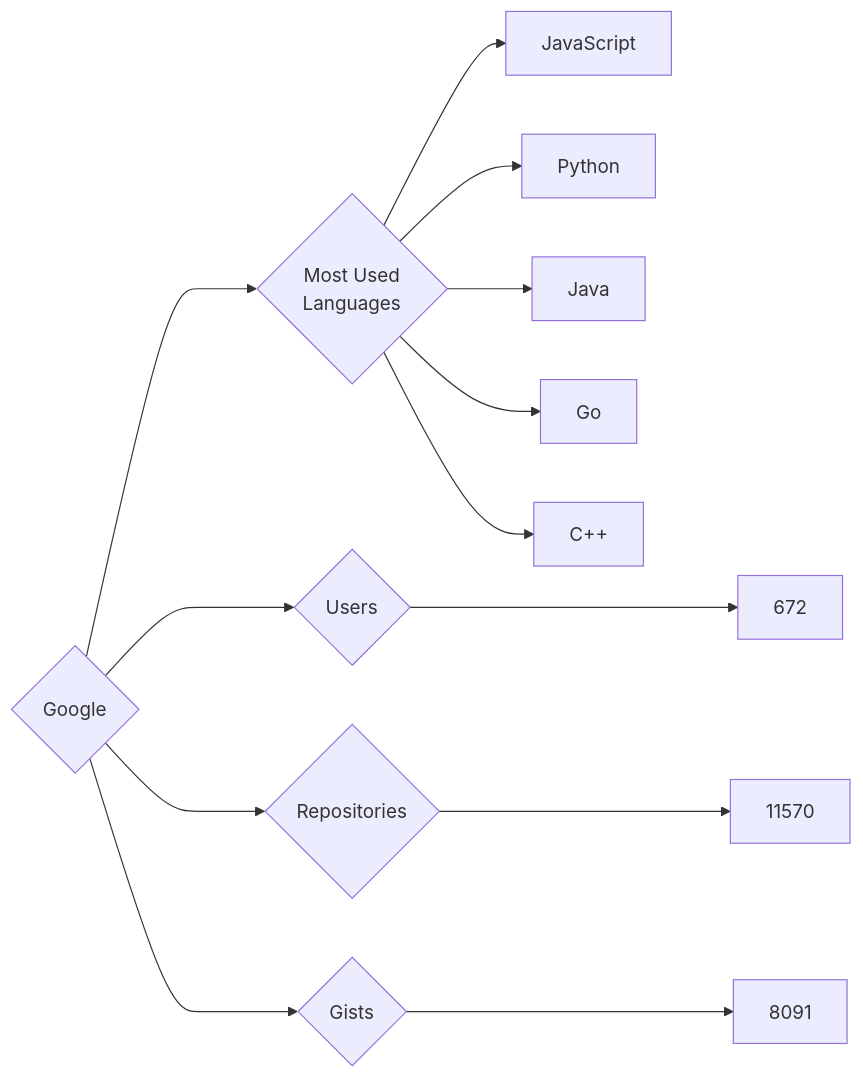
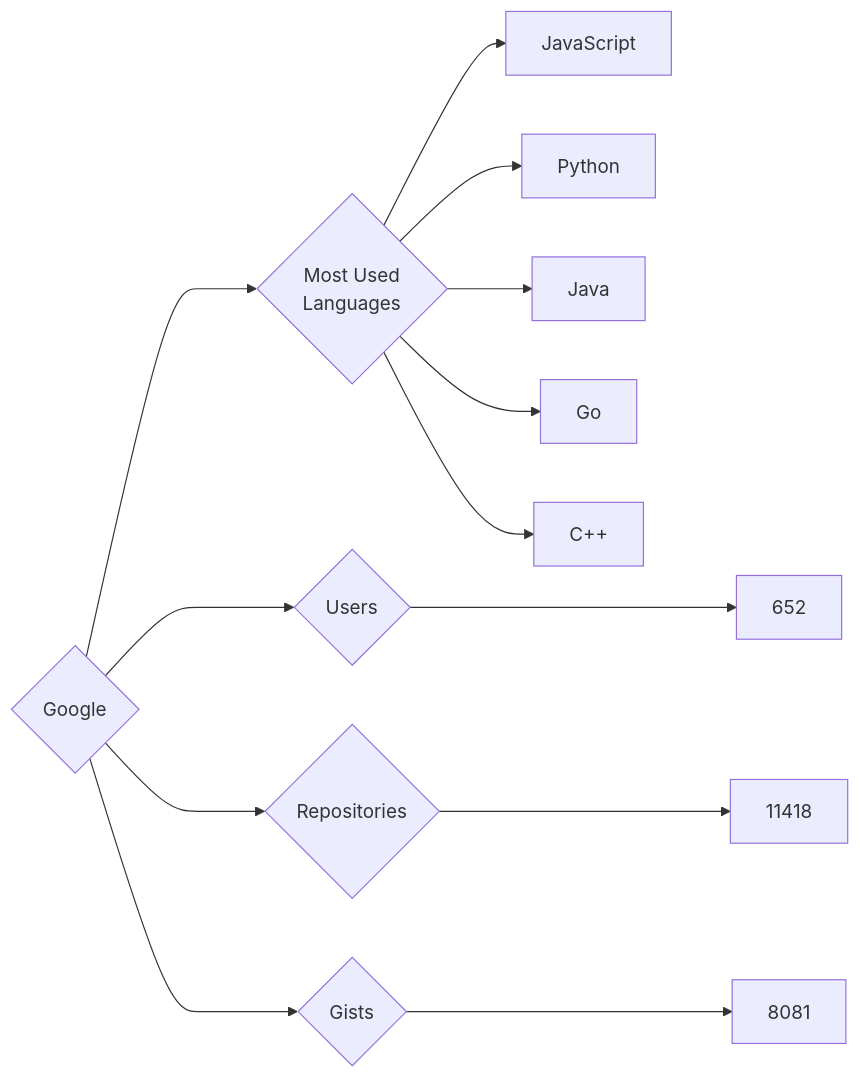
The diagram in targets/Google/README.md (trickest/insiders), drawn with Mermaid before and after one commit. The commit also changed 953 other files, not shown here.

````diff
--- a/targets/Google/README.md
+++ b/targets/Google/README.md
@@ -3,13 +3,13 @@
 ```mermaid
 graph LR
 COMPANY_NAME{Google}
-COMPANY_NAME ---> U{Users} ---> UN[672]
-COMPANY_NAME ---> R{Repositories} ---> RN[11570]
-COMPANY_NAME ---> G{Gists} ---> GN[8091]
+COMPANY_NAME ---> U{Users} ---> UN[652]
+COMPANY_NAME ---> R{Repositories} ---> RN[11418]
+COMPANY_NAME ---> G{Gists} ---> GN[8081]
 COMPANY_NAME ---> ML{Most Used<br>Languages}
 ML --> JavaScript[JavaScript]
 ML --> Python[Python]
 ML --> Java[Java]
 ML --> Go[Go]
 ML --> C++[C++]
 ```
````
